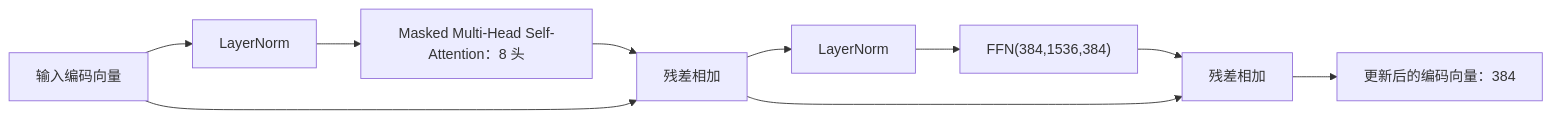
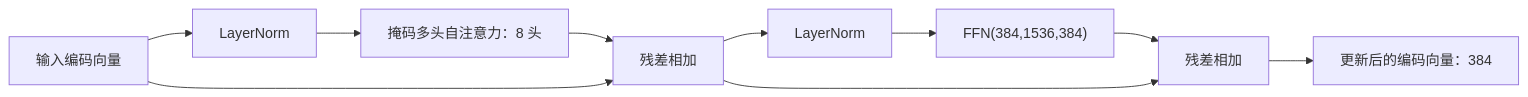
One commit to GroundbreakerLhy/Alpha-Roco changed the third of 5 diagrams in MODEL_DESIGN.md. Above: the diagram before and after it, drawn with Mermaid. The commit also changed other lines of this file and 41 other files, not shown here.

````diff
--- a/MODEL_DESIGN.md
+++ b/MODEL_DESIGN.md
@@ -125,12 +158,12 @@
 ```mermaid
 flowchart LR
     X["输入编码向量"] --> N1["LayerNorm"]
-    N1 --> A["Masked Multi-Head Self-Attention：8 头"]
+    N1 --> A["掩码多头自注意力：8 头"]
     A --> R1["残差相加"]
     X --> R1
     R1 --> N2["LayerNorm"]
     N2 --> F["FFN(384,1536,384)"]
     F --> R2["残差相加"]
     R1 --> R2
     R2 --> Y["更新后的编码向量：384"]
 ```
````
